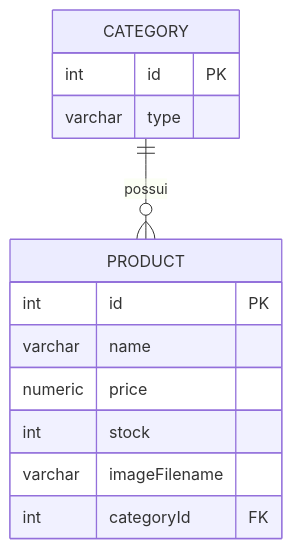
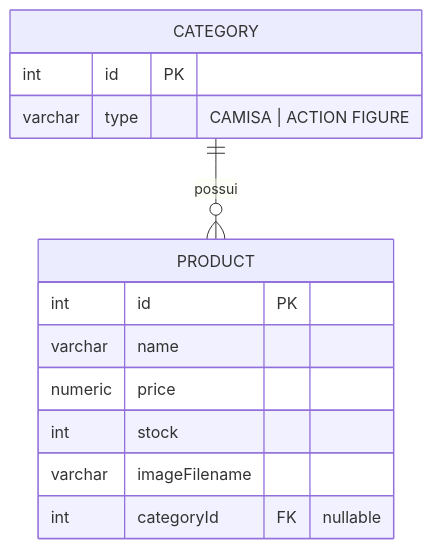
The second of 3 diagrams in README.md (leoxLF/loja-api), drawn with Mermaid before and after one commit. The commit also changed other lines of this file, not shown here.

````diff
--- a/README.md
+++ b/README.md
@@ -436,18 +461,18 @@
 ```mermaid
 erDiagram
     CATEGORY ||--o{ PRODUCT : possui
 
     CATEGORY {
         int id PK
-        varchar type
+        varchar type "CAMISA | ACTION FIGURE"
     }
 
     PRODUCT {
         int id PK
         varchar name
         numeric price
         int stock
         varchar imageFilename
-        int categoryId FK
+        int categoryId FK "nullable"
     }
 ```
````
